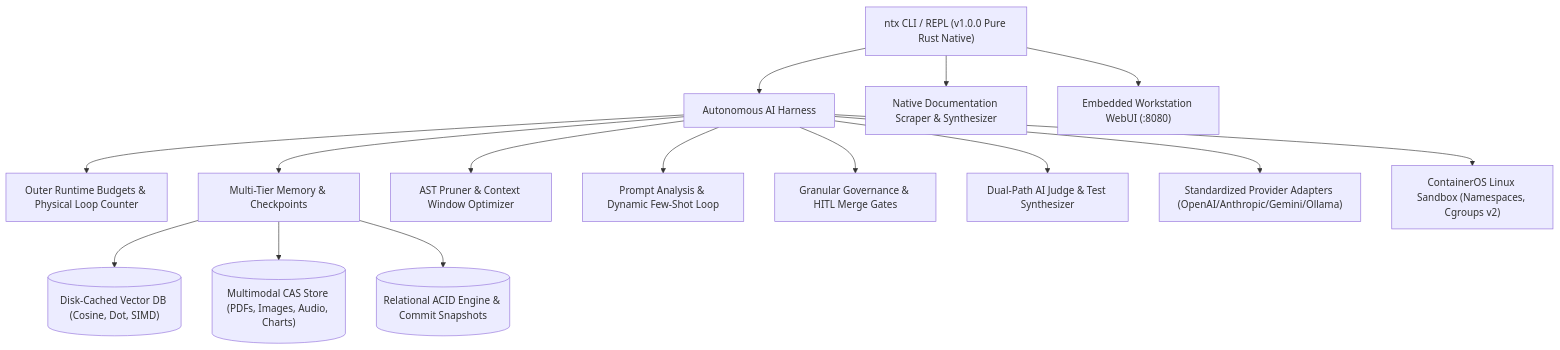
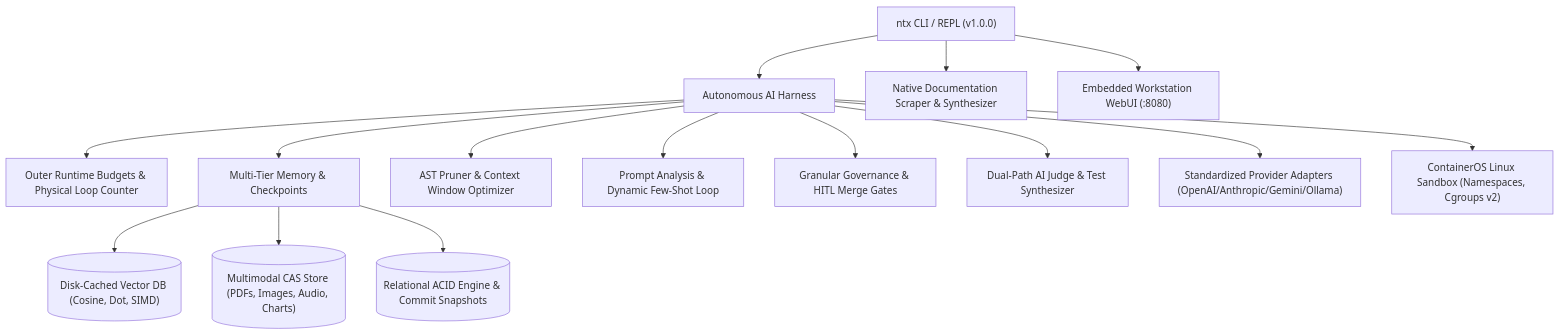
Before and after one commit to simhaonline/ntx: the diagram in README.md, drawn with Mermaid. The commit also changed other lines of this file and 16 other files, not shown here.

Commit message:
refactor: purge all remaining 'Pure Rust' slogans across CLI, bots, workflows, docs, and landing page

````diff
--- a/README.md
+++ b/README.md
@@ -72,19 +71,19 @@
 ```mermaid
 flowchart TD
-    CLI["ntx CLI / REPL (v1.0.0 Pure Rust Native)"] --> Harness["Autonomous AI Harness"]
+    CLI["ntx CLI / REPL (v1.0.0)"] --> Harness["Autonomous AI Harness"]
     CLI --> Scraper["Native Documentation Scraper & Synthesizer"]
     CLI --> WebUI["Embedded Workstation WebUI (:8080)"]
     
     Harness --> Budget["Outer Runtime Budgets & Physical Loop Counter"]
     Harness --> Memory["Multi-Tier Memory & Checkpoints"]
     Harness --> AST["AST Pruner & Context Window Optimizer"]
     Harness --> PromptLoop["Prompt Analysis & Dynamic Few-Shot Loop"]
     Harness --> Governance["Granular Governance & HITL Merge Gates"]
     Harness --> Judge["Dual-Path AI Judge & Test Synthesizer"]
     Harness --> Adapters["Standardized Provider Adapters (OpenAI/Anthropic/Gemini/Ollama)"]
 
     Harness --> Sandbox["ContainerOS Linux Sandbox (Namespaces, Cgroups v2)"]
     Memory --> VectorDB[("Disk-Cached Vector DB (Cosine, Dot, SIMD)")]
     Memory --> MultimodalCAS[("Multimodal CAS Store (PDFs, Images, Audio, Charts)")]
     Memory --> RelationalWAL[("Relational ACID Engine & Commit Snapshots")]
 ```
````
